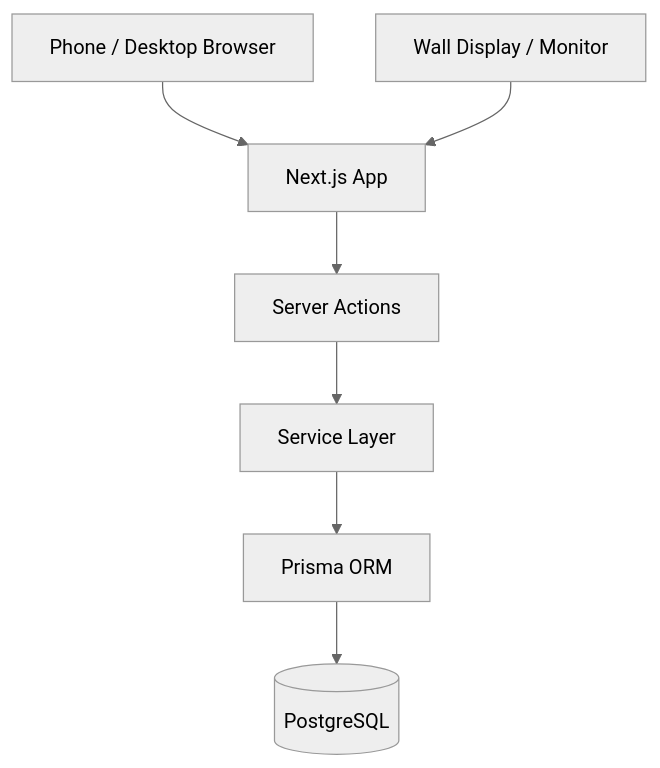
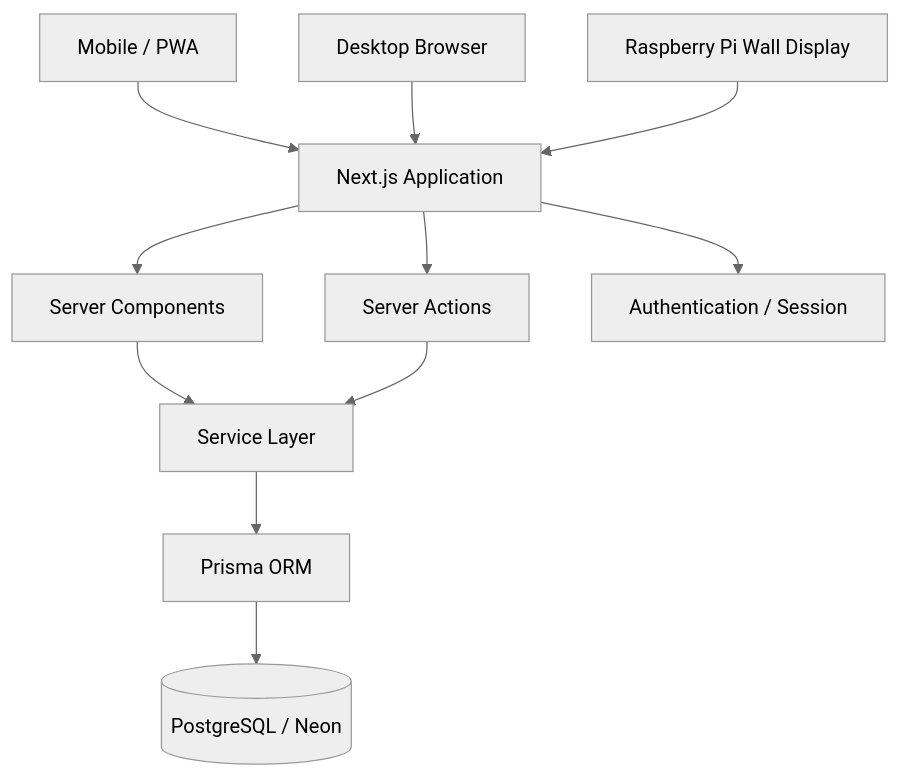
The first of 2 diagrams in README.md (handyana05/family-hub), drawn with Mermaid (neutral theme) before and after one commit. The commit also changed other lines of this file and 6 other files, not shown here.

````diff
--- a/README.md
+++ b/README.md
@@ -141,9 +300,17 @@
 ```mermaid
 flowchart TD
-    A[Phone / Desktop Browser] --> B[Next.js App]
-    W[Wall Display / Monitor] --> B
-    B --> C[Server Actions]
-    C --> D[Service Layer]
-    D --> E[Prisma ORM]
-    E --> F[(PostgreSQL)]
+    M[Mobile / PWA] --> N[Next.js Application]
+    D[Desktop Browser] --> N
+    W[Raspberry Pi Wall Display] --> N
+
+    N --> SC[Server Components]
+    N --> SA[Server Actions]
+
+    SC --> S[Service Layer]
+    SA --> S
+
+    S --> P[Prisma ORM]
+    P --> DB[(PostgreSQL / Neon)]
+
+    N --> A[Authentication / Session]
 ```
````
